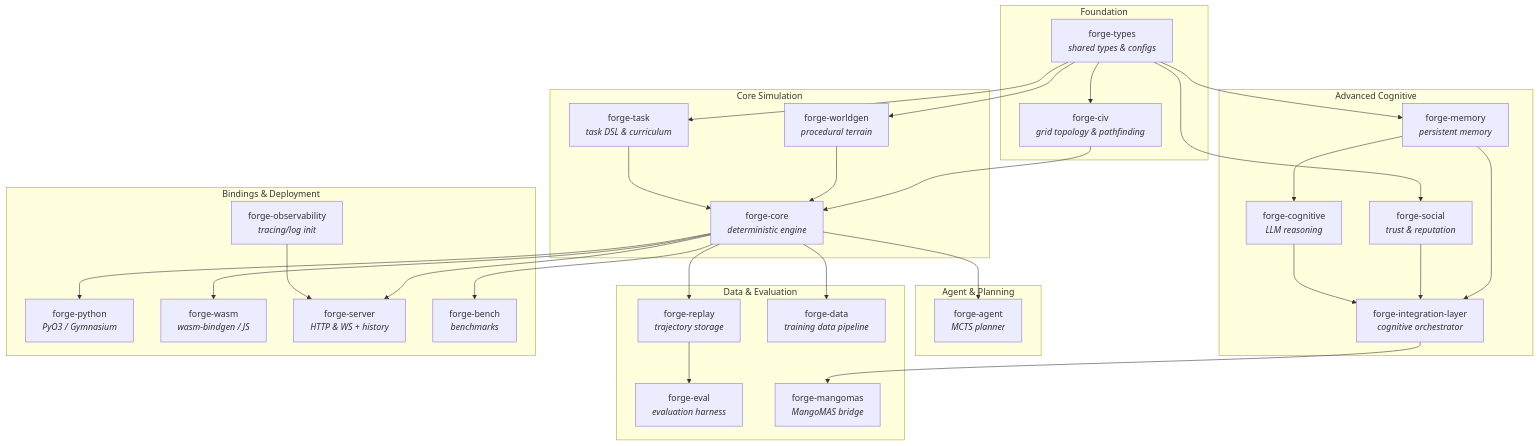
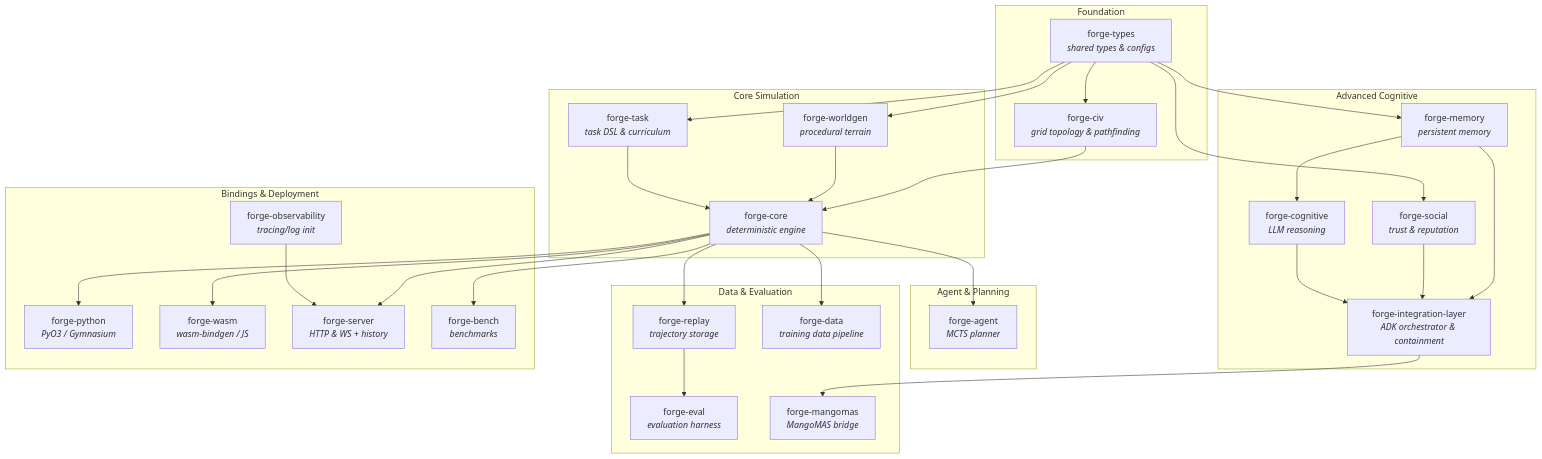
One commit to ianshank/FORGE changed the diagram in README.md. Above: the diagram before and after it, drawn with Mermaid. The commit also changed other lines of this file and 26 other files, not shown here.

First line of the commit message:
feat(forge-integration): Add external control and memory (#175)

````diff
--- a/README.md
+++ b/README.md
@@ -195,65 +196,65 @@
 ```mermaid
 graph TD
     subgraph "Foundation"
         forge_types["forge-types<br/><i>shared types & configs</i>"]
         forge_civ["forge-civ<br/><i>grid topology & pathfinding</i>"]
     end
 
     subgraph "Core Simulation"
         forge_worldgen["forge-worldgen<br/><i>procedural terrain</i>"]
         forge_task["forge-task<br/><i>task DSL & curriculum</i>"]
         forge_core["forge-core<br/><i>deterministic engine</i>"]
     end
 
     subgraph "Agent & Planning"
         forge_agent["forge-agent<br/><i>MCTS planner</i>"]
     end
 
     subgraph "Advanced Cognitive"
         forge_memory["forge-memory<br/><i>persistent memory</i>"]
         forge_social["forge-social<br/><i>trust & reputation</i>"]
         forge_cognitive["forge-cognitive<br/><i>LLM reasoning</i>"]
-        forge_integration["forge-integration-layer<br/><i>cognitive orchestrator</i>"]
+        forge_integration["forge-integration-layer<br/><i>ADK orchestrator & containment</i>"]
     end
 
     subgraph "Data & Evaluation"
         forge_replay["forge-replay<br/><i>trajectory storage</i>"]
         forge_eval["forge-eval<br/><i>evaluation harness</i>"]
         forge_data["forge-data<br/><i>training data pipeline</i>"]
         forge_mangomas["forge-mangomas<br/><i>MangoMAS bridge</i>"]
     end
 
     subgraph "Bindings & Deployment"
         forge_python["forge-python<br/><i>PyO3 / Gymnasium</i>"]
         forge_wasm["forge-wasm<br/><i>wasm-bindgen / JS</i>"]
         forge_server["forge-server<br/><i>HTTP & WS + history</i>"]
         forge_observability["forge-observability<br/><i>tracing/log init</i>"]
         forge_bench["forge-bench<br/><i>benchmarks</i>"]
     end
 
     forge_types --> forge_worldgen
     forge_types --> forge_task
     forge_types --> forge_civ
     forge_types --> forge_memory
     forge_types --> forge_social
 
     forge_civ --> forge_core
     forge_worldgen --> forge_core
     forge_task --> forge_core
     forge_core --> forge_agent
     forge_memory --> forge_cognitive
     forge_memory --> forge_integration
     forge_social --> forge_integration
     forge_cognitive --> forge_integration
 
     forge_core --> forge_replay
     forge_replay --> forge_eval
     forge_core --> forge_data
     forge_integration --> forge_mangomas
 
     forge_core --> forge_python
     forge_core --> forge_wasm
     forge_core --> forge_server
     forge_core --> forge_bench
     forge_observability --> forge_server
 ```
````
